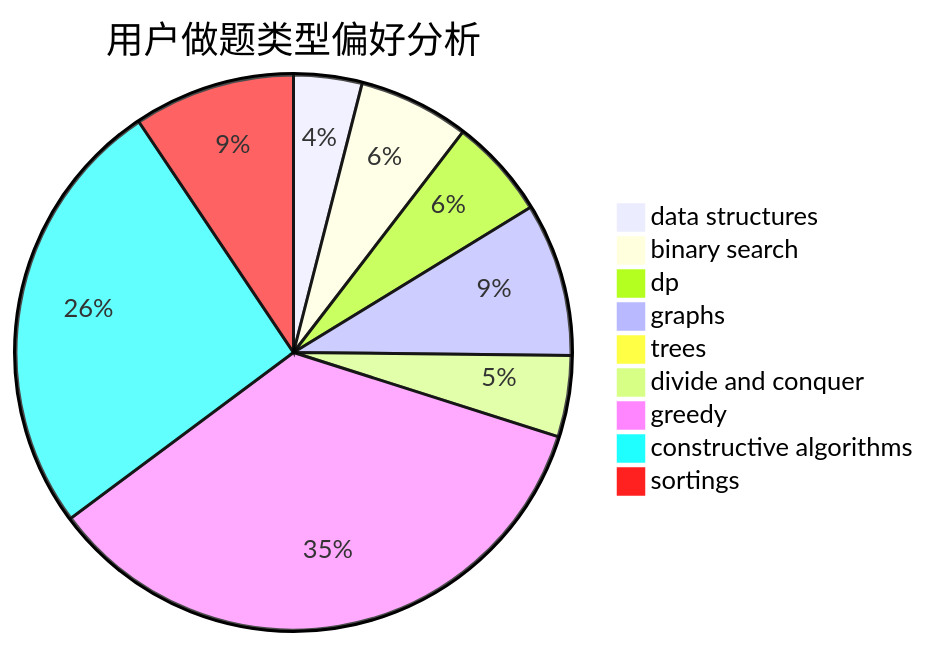
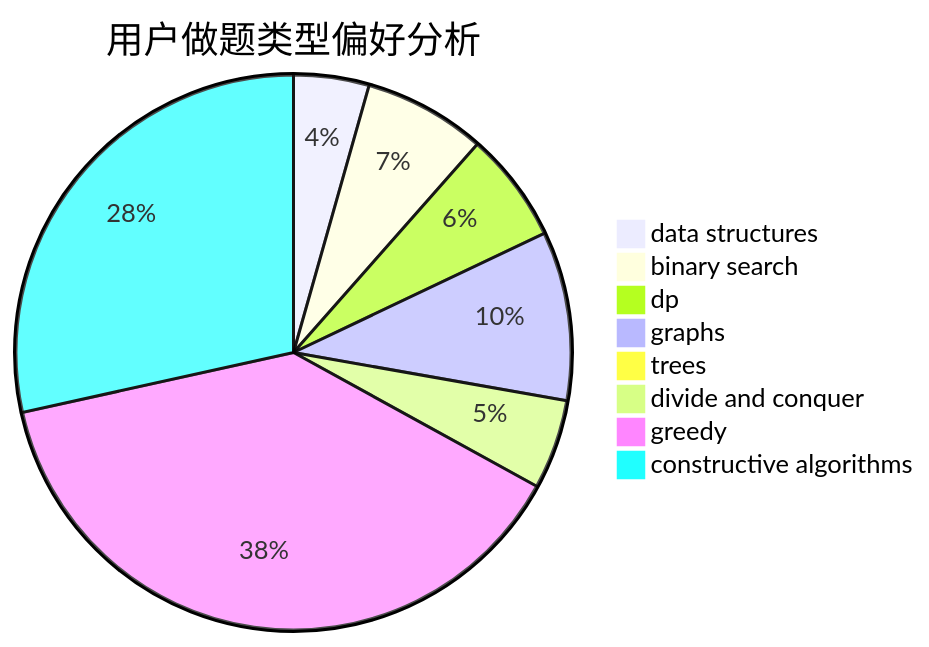
The second of 3 diagrams in docs/user/u1268.md (sherpahu/cfrs.github.io), drawn with Mermaid before and after one commit. The commit also changed other lines of this file and 2769 other files, not shown here.

````diff
--- a/docs/user/u1268.md
+++ b/docs/user/u1268.md
@@ -18,12 +18,11 @@
 ```mermaid
 pie title 用户做题类型偏好分析
     "data structures" :  58
     "binary search" :  94
     "dp" :  85
     "graphs" :  130
     "trees" :  9
     "divide and conquer" :  69
     "greedy" :  509
     "constructive algorithms" :  376
-    "sortings" :  137
 ```
````
